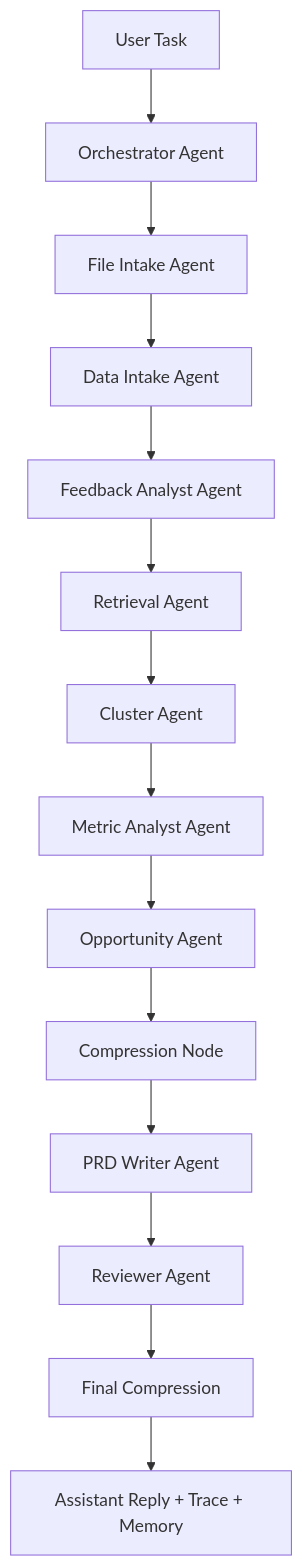
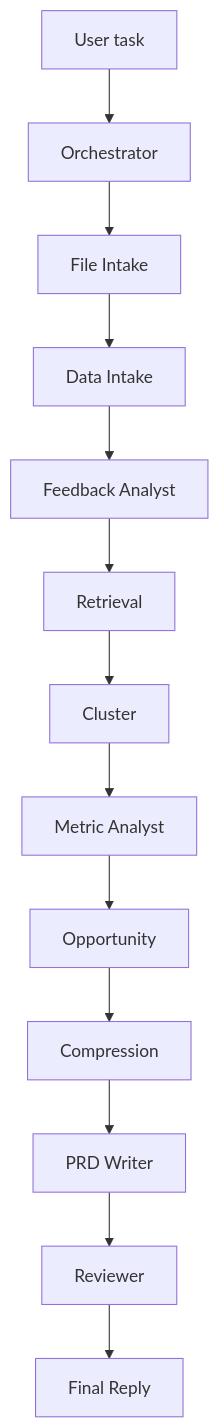
The second of 2 diagrams in README.md (wxl-0/FeedbackOS-Agent), drawn with Mermaid before and after one commit. The commit also changed other lines of this file and 9 other files, not shown here.

````diff
--- a/README.md
+++ b/README.md
@@ -84,16 +78,15 @@
 ```mermaid
 flowchart TD
-  A[User Task] --> B[Orchestrator Agent]
-  B --> C[File Intake Agent]
-  C --> D[Data Intake Agent]
-  D --> E[Feedback Analyst Agent]
-  E --> F[Retrieval Agent]
-  F --> G[Cluster Agent]
-  G --> H[Metric Analyst Agent]
-  H --> I[Opportunity Agent]
-  I --> J[Compression Node]
-  J --> K[PRD Writer Agent]
-  K --> L[Reviewer Agent]
-  L --> M[Final Compression]
-  M --> N[Assistant Reply + Trace + Memory]
+  A[User task] --> B[Orchestrator]
+  B --> C[File Intake]
+  C --> D[Data Intake]
+  D --> E[Feedback Analyst]
+  E --> F[Retrieval]
+  F --> G[Cluster]
+  G --> H[Metric Analyst]
+  H --> I[Opportunity]
+  I --> J[Compression]
+  J --> K[PRD Writer]
+  K --> L[Reviewer]
+  L --> M[Final Reply]
 ```
````
